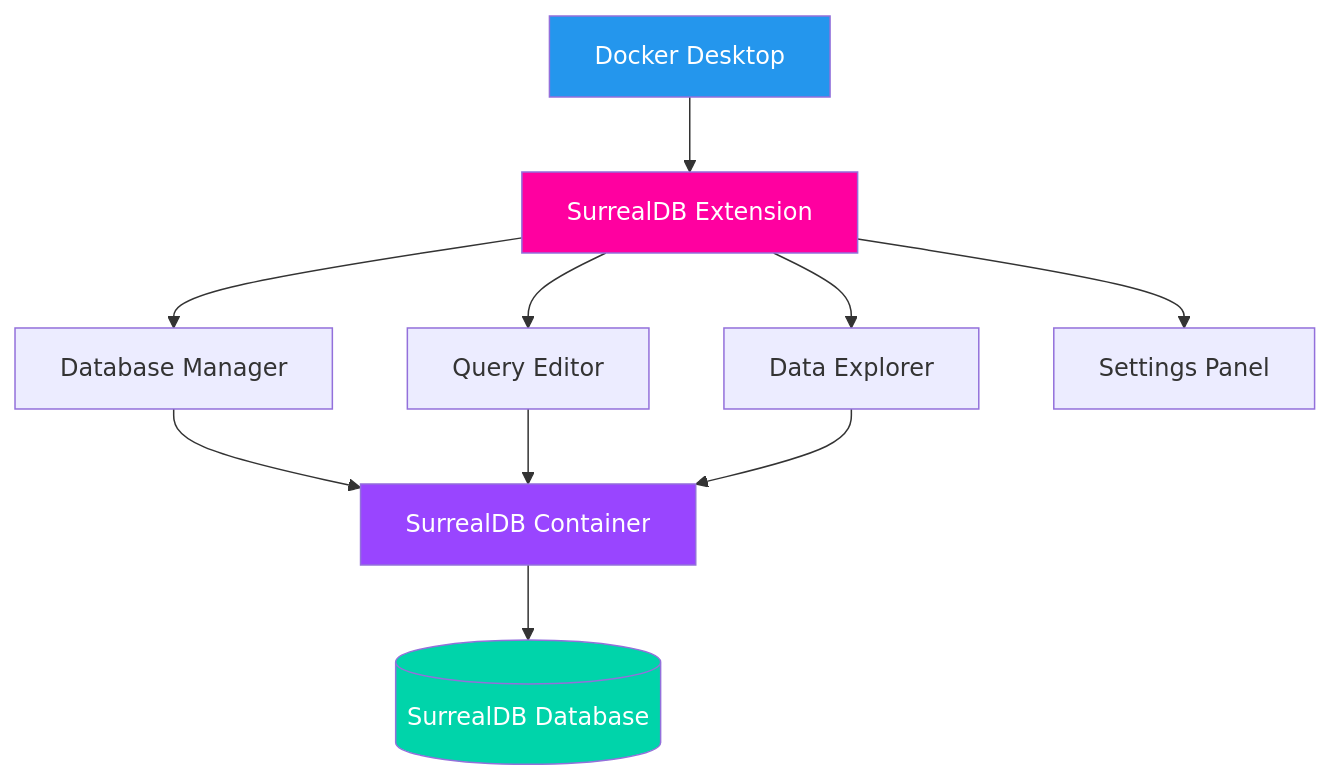
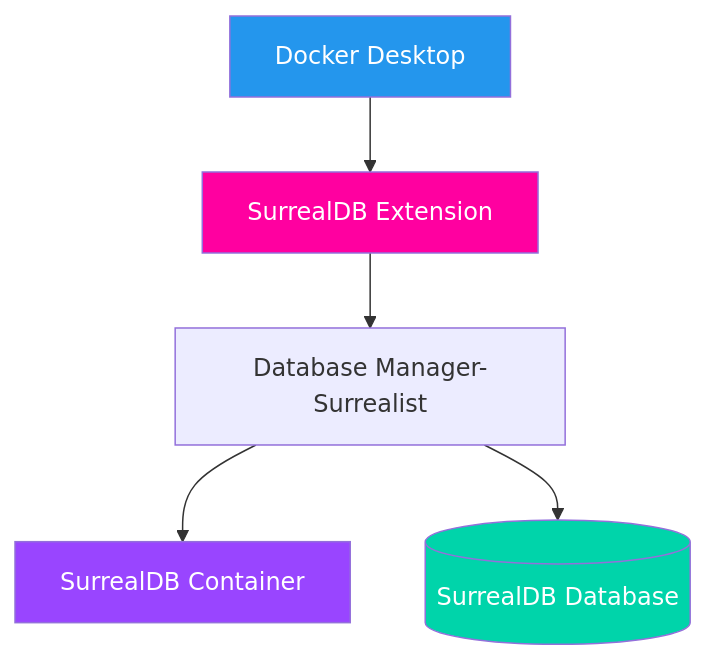
One commit to ajeetraina/surrealdb-docker-extension changed the first of 3 diagrams in README.md. Above: the diagram before and after it, drawn with Mermaid.

````diff
--- a/README.md
+++ b/README.md
@@ -18,19 +18,16 @@
 ```mermaid
 graph TB
     A[Docker Desktop] --> B[SurrealDB Extension]
-    B --> C[Database Manager]
-    B --> D[Query Editor]
-    B --> E[Data Explorer]
-    B --> F[Settings Panel]
+    B --> C[Database Manager-Surrealist]
+
     
     C --> G[SurrealDB Container]
-    D --> G
-    E --> G
+
     
-    G --> H[(SurrealDB Database)]
+    C --> H[(SurrealDB Database)]
     
     style A fill:#2496ED,color:#fff
     style B fill:#FF00A0,color:#fff
     style G fill:#9945FF,color:#fff
     style H fill:#00D4AA,color:#fff
 ```
````
